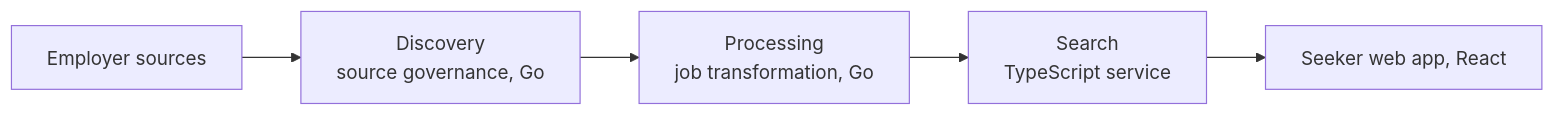
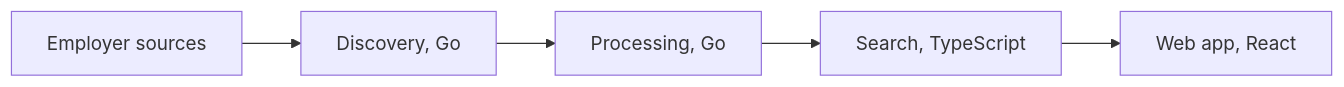
The diagram in README.md (swarajreddy10/swarajreddy10), drawn with Mermaid before and after one commit. The commit also changed other lines of this file, not shown here.

Commit message:
Trim the profile to its strongest points: four SpotMyJob results, three healthcare-project lines, three working habits, and one-line projects, skills, and education; detail stays on the portfolio.

````diff
--- a/README.md
+++ b/README.md
@@ -25,9 +23,9 @@
 ```mermaid
 flowchart LR
   accTitle: SpotMyJob job-data pipeline
   accDescr: Employer sources flow into discovery, then processing, then search, which serves the seeker web app. Discovery and processing are Go services; search is a TypeScript service.
-  A[Employer sources] --> B[Discovery<br/>source governance, Go]
-  B --> C[Processing<br/>job transformation, Go]
-  C --> D[Search<br/>TypeScript service]
-  D --> E[Seeker web app, React]
+  A[Employer sources] --> B[Discovery, Go]
+  B --> C[Processing, Go]
+  C --> D[Search, TypeScript]
+  D --> E[Web app, React]
 ```
````
